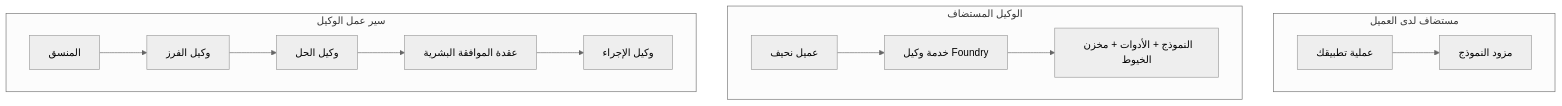
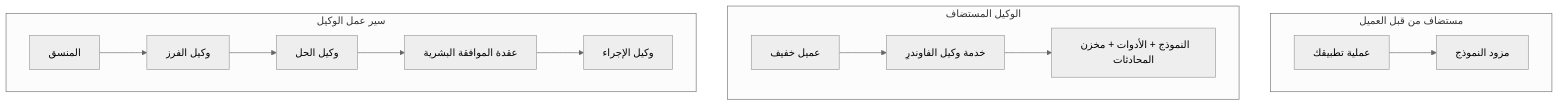
Before and after one commit to gabrielmoreira/agent-skills-mirror: the first of 4 diagrams in mirrors/repos/microsoft@ai-agents-for-beginners/translations/ar/16-deploying-scalable-agents/README.md, drawn with Mermaid (neutral theme). The commit also changed other lines of this file and 3581 other files, not shown here.

````diff
--- a/mirrors/repos/microsoft@ai-agents-for-beginners/translations/ar/16-deploying-scalable-agents/README.md
+++ b/mirrors/repos/microsoft@ai-agents-for-beginners/translations/ar/16-deploying-scalable-agents/README.md
@@ -87,16 +87,16 @@
 ```mermaid
 flowchart TB
-    subgraph P1[مستضاف لدى العميل]
+    subgraph P1[مستضاف من قبل العميل]
         A1[عملية تطبيقك] --> M1[مزود النموذج]
     end
     subgraph P2[الوكيل المستضاف]
-        A2[عميل نحيف] --> F2[خدمة وكيل Foundry]
-        F2 --> M2[النموذج + الأدوات + مخزن الخيوط]
+        A2[عميل خفيف] --> F2[خدمة وكيل الفاوندرِ]
+        F2 --> M2[النموذج + الأدوات + مخزن المحادثات]
     end
     subgraph P3[سير عمل الوكيل]
         A3[المنسق] --> S1[وكيل الفرز]
         S1 --> S2[وكيل الحل]
         S2 --> H[عقدة الموافقة البشرية]
         H --> S3[وكيل الإجراء]
     end
 ```
````
